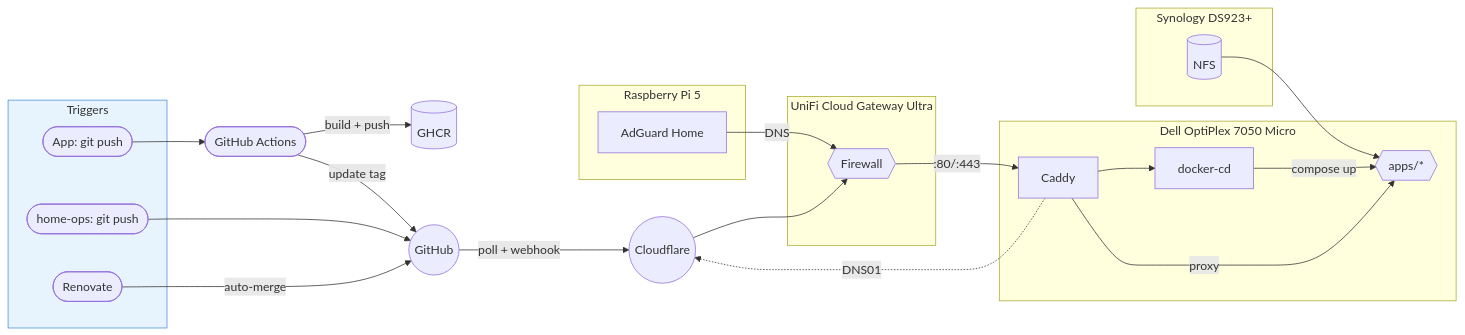
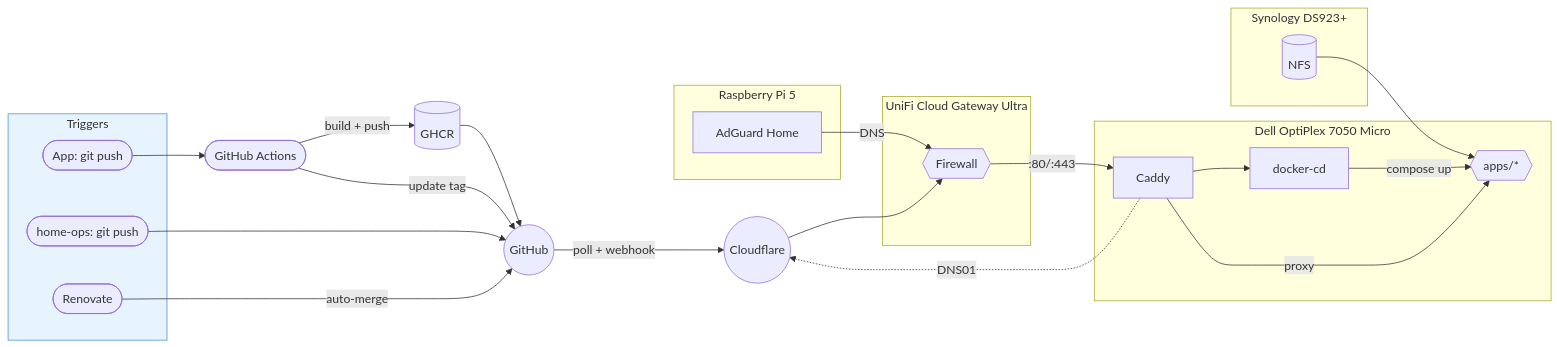
Before and after one commit to wajeht/home-ops: the diagram in README.md, drawn with Mermaid.

Commit message:
docs: update architecture diagram to reflect new deployment process

````diff
--- a/README.md
+++ b/README.md
@@ -16,37 +16,38 @@
 ```mermaid
 flowchart LR
     subgraph triggers[Triggers]
         app_push([App: git push])
         ops_push([home-ops: git push])
         renovate([Renovate])
     end
 
     app_push --> ci([GitHub Actions]) -->|build + push| ghcr[(GHCR)]
-    ci -->|update tag| github((GitHub))
+    ghcr --> github((GitHub))
+    ci -->|update tag| github
     ops_push --> github
     renovate -->|auto-merge| github
     github -->|poll + webhook| cf((Cloudflare)) --> unifi -->|:80/:443| caddy --> docker_cd
 
     subgraph dell[Dell OptiPlex 7050 Micro]
         docker_cd[docker-cd] -->|compose up| apps{{apps/*}}
         caddy[Caddy] -->|proxy| apps
     end
 
     subgraph nas[Synology DS923+]
         nfs[(NFS)]
     end
 
     subgraph ucg[UniFi Cloud Gateway Ultra]
         unifi{{Firewall}}
     end
 
     subgraph pi[Raspberry Pi 5]
         adguard[AdGuard Home]
     end
 
     nfs --> apps
     adguard -->|DNS| unifi
     caddy -.->|DNS01| cf
 
     style triggers fill:#e8f4fd,stroke:#4a90d9
 ```
````
